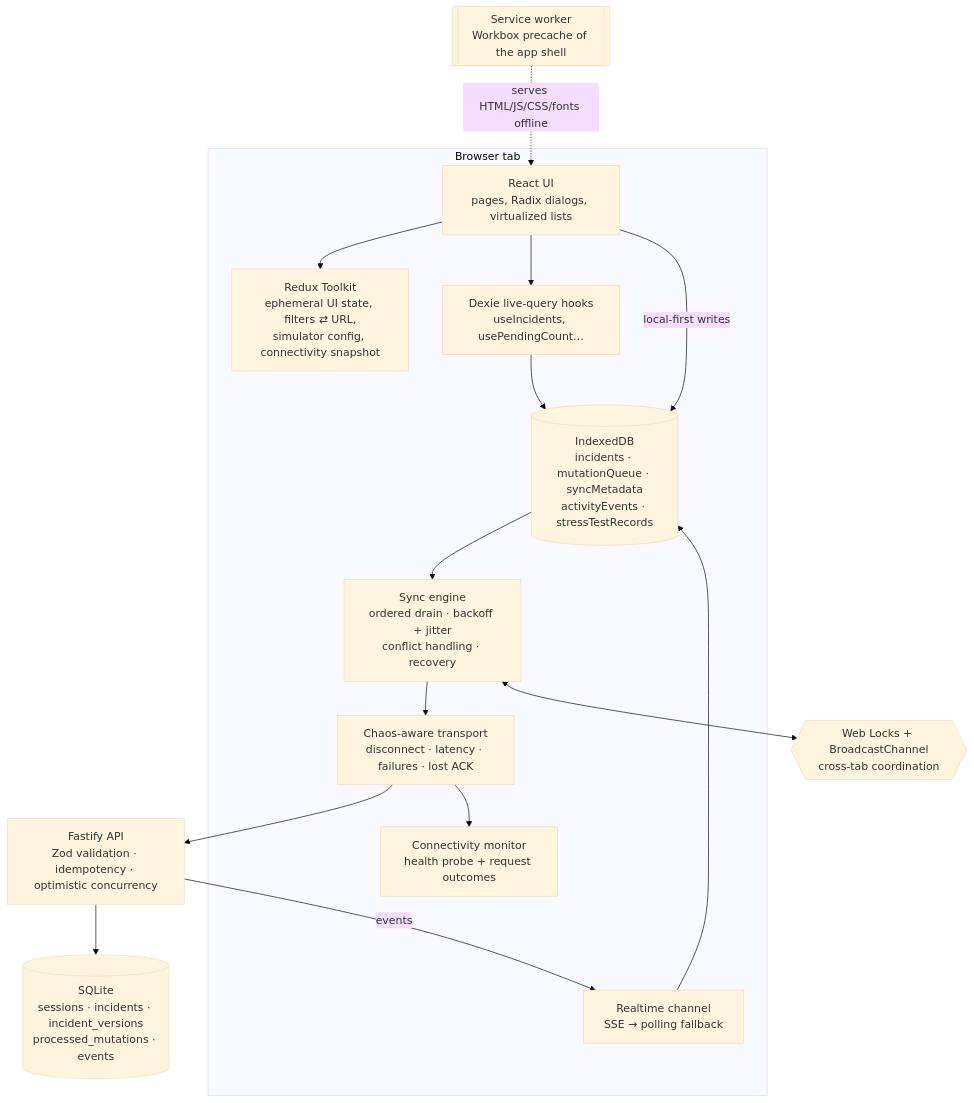
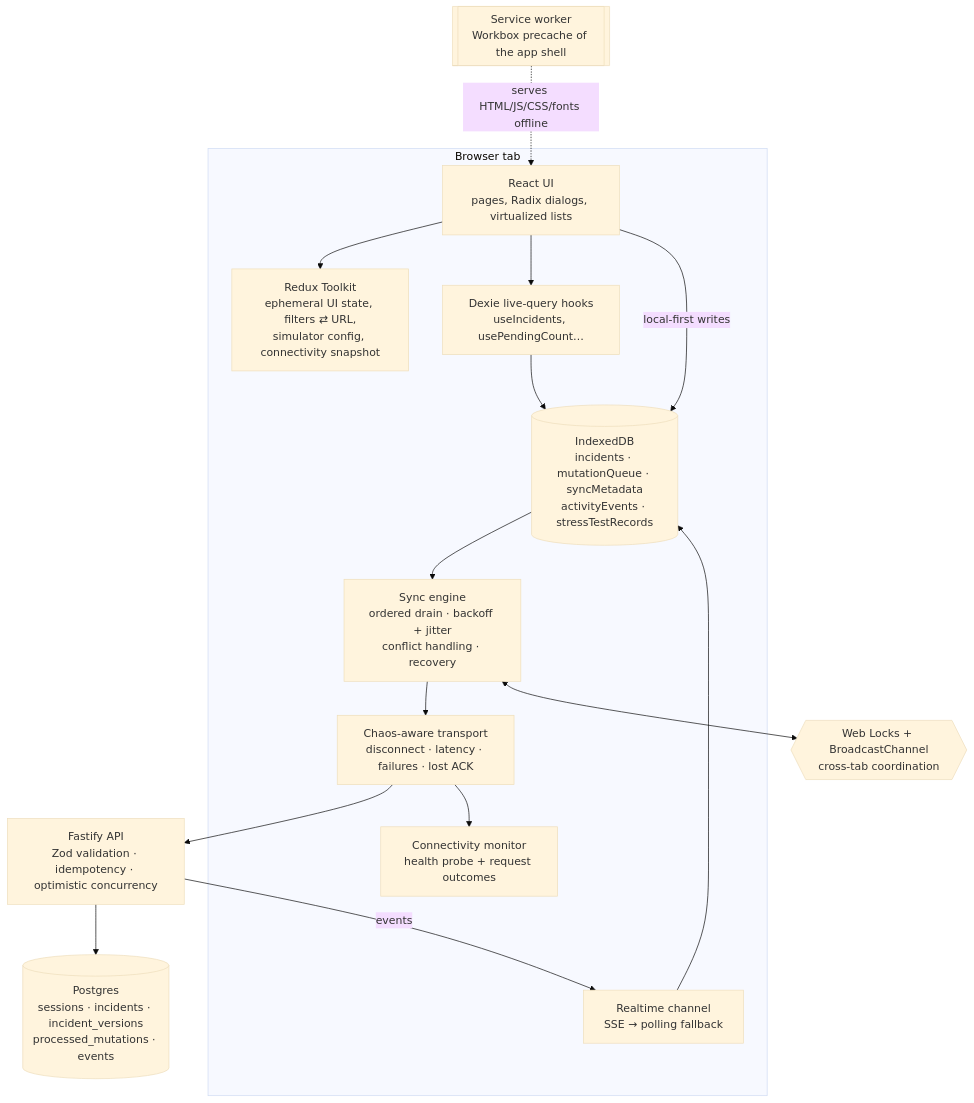
The diagram in docs/ARCHITECTURE.md (lakshaykundu/airgap-01), drawn with Mermaid (base theme) before and after one commit. The commit also changed other lines of this file and 36 other files, not shown here.

````diff
--- a/docs/ARCHITECTURE.md
+++ b/docs/ARCHITECTURE.md
@@ -11,27 +11,27 @@
 ```mermaid
 flowchart TD
     subgraph Browser tab
         UI[React UI<br/>pages, Radix dialogs, virtualized lists]
         Redux[Redux Toolkit<br/>ephemeral UI state, filters ⇄ URL,<br/>simulator config, connectivity snapshot]
         Hooks[Dexie live-query hooks<br/>useIncidents, usePendingCount…]
         IDB[(IndexedDB<br/>incidents · mutationQueue · syncMetadata<br/>activityEvents · stressTestRecords)]
         Engine[Sync engine<br/>ordered drain · backoff + jitter<br/>conflict handling · recovery]
         Transport[Chaos-aware transport<br/>disconnect · latency · failures · lost ACK]
         Monitor[Connectivity monitor<br/>health probe + request outcomes]
         RT[Realtime channel<br/>SSE → polling fallback]
     end
     SW[[Service worker<br/>Workbox precache of the app shell]]
     Locks{{Web Locks + BroadcastChannel<br/>cross-tab coordination}}
     API[Fastify API<br/>Zod validation · idempotency · optimistic concurrency]
-    DB[(SQLite<br/>sessions · incidents · incident_versions<br/>processed_mutations · events)]
+    DB[(Postgres<br/>sessions · incidents · incident_versions<br/>processed_mutations · events)]
 
     UI --> Redux
     UI --> Hooks --> IDB
     UI -- local-first writes --> IDB
     IDB --> Engine --> Transport --> API --> DB
     Transport --> Monitor
     RT --> IDB
     API -- events --> RT
     Engine <--> Locks
     SW -. serves HTML/JS/CSS/fonts offline .-> UI
 ```
````
